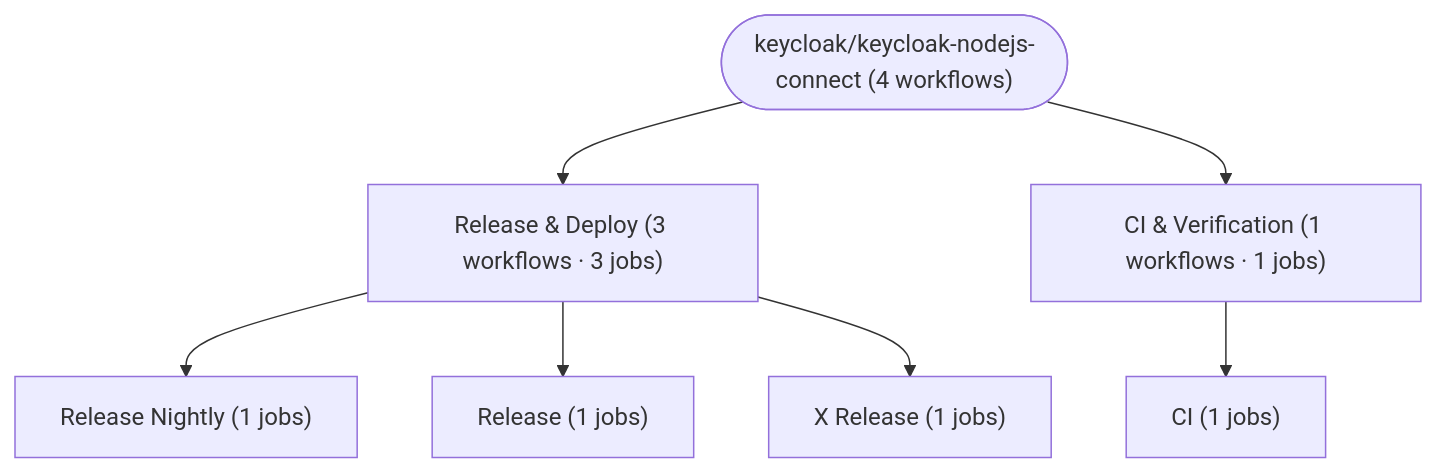
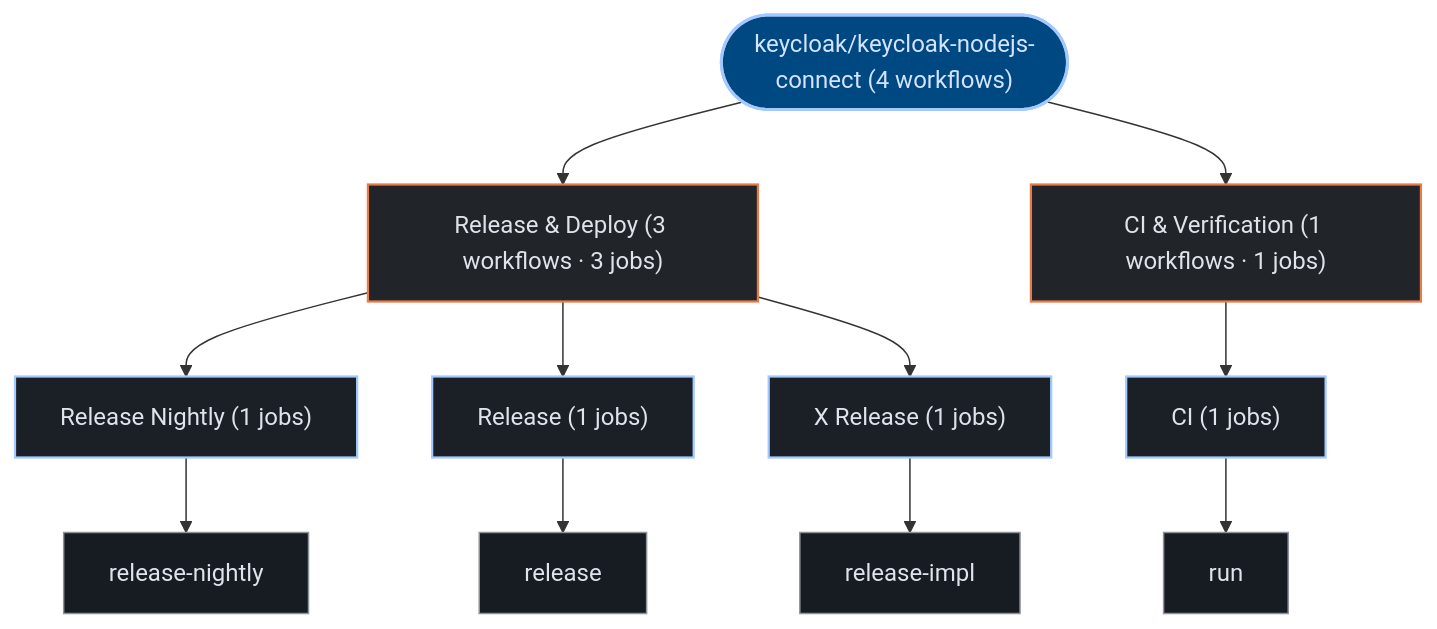
One commit to kumarshaz/atruss-code-atlas changed the second of 2 diagrams in exports/latest/reports/keycloak-keycloak-nodejs-connect-report.md. Above: the diagram before and after it, drawn with Mermaid. The commit also changed other lines of this file and 331 other files, not shown here.

Commit message:
docs,ui,fix: update SDLC docs, reorder CI/CD DAG first, stylize Mermaid, and fix Arc42 pipeline topology

````diff
--- a/exports/latest/reports/keycloak-keycloak-nodejs-connect-report.md
+++ b/exports/latest/reports/keycloak-keycloak-nodejs-connect-report.md
@@ -157,16 +164,31 @@
 ```mermaid
 graph TD;
-  pipeline_root(["keycloak/keycloak-nodejs-connect (4 workflows)"])
-  grp_0_Release___Deploy["Release & Deploy (3 workflows · 3 jobs)"]
+  classDef atlasRoot fill:#004882,stroke:#a3c9ff,stroke-width:2px,color:#d3e4ff
+  classDef atlasCategory fill:#212428,stroke:#E87A48,stroke-width:1.5px,color:#dfe3eb
+  classDef atlasWorkflow fill:#1b2026,stroke:#a3c9ff,stroke-width:1.5px,color:#dfe3eb
+  classDef atlasJob fill:#171c22,stroke:#8d9199,stroke-width:1px,color:#dfe3eb
+  classDef atlasTarget fill:#005227,stroke:#8bd99b,stroke-width:1.5px,color:#a7f6b6
+  classDef atlasAlert fill:#93000a,stroke:#ffb4ab,stroke-width:1.5px,color:#ffdad6
+  classDef atlasMore fill:#252a31,stroke:#8d9199,stroke-dasharray:4 4,color:#c3c6cf
+  pipeline_root(["keycloak/keycloak-nodejs-connect (4 workflows)"]):::atlasRoot
+  grp_0_Release___Deploy["Release & Deploy (3 workflows · 3 jobs)"]:::atlasCategory
   pipeline_root --> grp_0_Release___Deploy
-  wf_1_Release_Nightly["Release Nightly (1 jobs)"]
+  wf_1_Release_Nightly["Release Nightly (1 jobs)"]:::atlasWorkflow
   grp_0_Release___Deploy --> wf_1_Release_Nightly
-  wf_2_Release["Release (1 jobs)"]
+  job_1_release_nightly["release-nightly"]:::atlasJob
+  wf_1_Release_Nightly --> job_1_release_nightly
+  wf_2_Release["Release (1 jobs)"]:::atlasWorkflow
   grp_0_Release___Deploy --> wf_2_Release
-  wf_3_X_Release["X Release (1 jobs)"]
+  job_2_release["release"]:::atlasJob
+  wf_2_Release --> job_2_release
+  wf_3_X_Release["X Release (1 jobs)"]:::atlasWorkflow
   grp_0_Release___Deploy --> wf_3_X_Release
-  grp_1_CI___Verification["CI & Verification (1 workflows · 1 jobs)"]
+  job_3_release_impl["release-impl"]:::atlasJob
+  wf_3_X_Release --> job_3_release_impl
+  grp_1_CI___Verification["CI & Verification (1 workflows · 1 jobs)"]:::atlasCategory
   pipeline_root --> grp_1_CI___Verification
-  wf_0_CI["CI (1 jobs)"]
+  wf_0_CI["CI (1 jobs)"]:::atlasWorkflow
   grp_1_CI___Verification --> wf_0_CI
+  job_0_run["run"]:::atlasJob
+  wf_0_CI --> job_0_run
 ```
````
